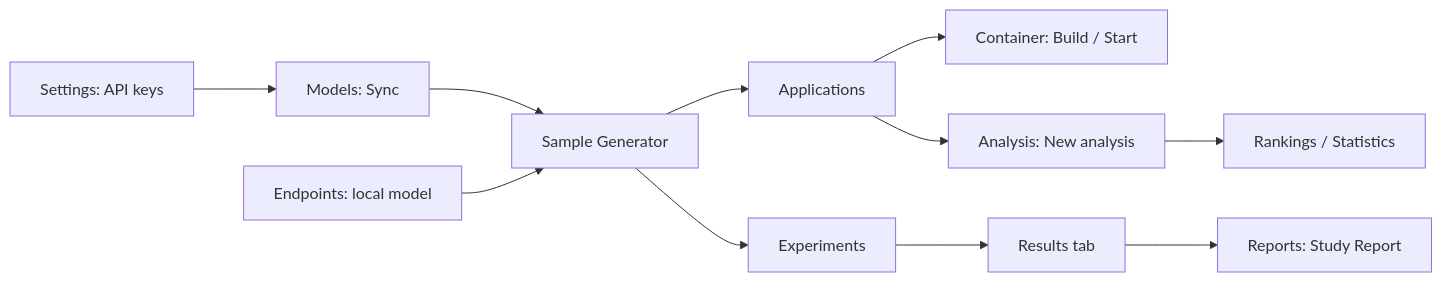
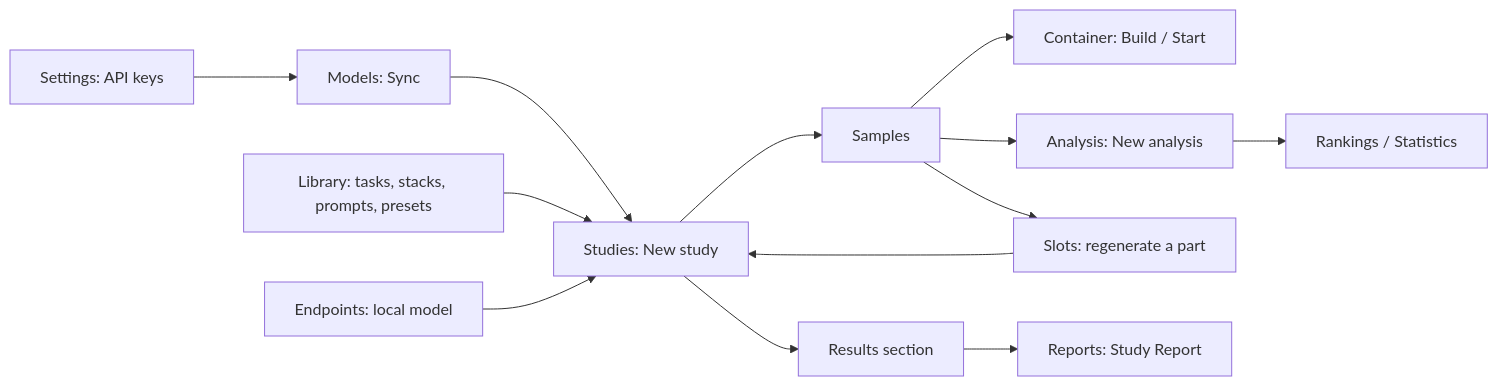
One commit to GrabowMar/AutoLLM_Code_Analyzer_rework changed the diagram in docs/USER_GUIDE.md. Above: the diagram before and after it, drawn with Mermaid. The commit also changed other lines of this file and 1539 other files, not shown here.

First line of the commit message:
feat(generation): v3 wave 2 — library, harnesses, agentic pipeline, eval v2, studies, budget, slot mode, patterns, new frontend (WP-03..WP-17)

````diff
--- a/docs/USER_GUIDE.md
+++ b/docs/USER_GUIDE.md
@@ -41,13 +40,15 @@
 ```mermaid
 flowchart LR
   K[Settings: API keys] --> M[Models: Sync]
-  M --> G[Sample Generator]
+  M --> G[Studies: New study]
+  L[Library: tasks, stacks, prompts, presets] --> G
   E[Endpoints: local model] --> G
-  G --> A[Applications]
+  G --> A[Samples]
   A --> R[Container: Build / Start]
   A --> N[Analysis: New analysis]
-  G --> X[Experiments]
-  X --> RS[Results tab]
+  A --> SL[Slots: regenerate a part]
+  SL --> G
+  G --> RS[Results section]
   N --> I[Rankings / Statistics]
   RS --> P[Reports: Study Report]
 ```
````
